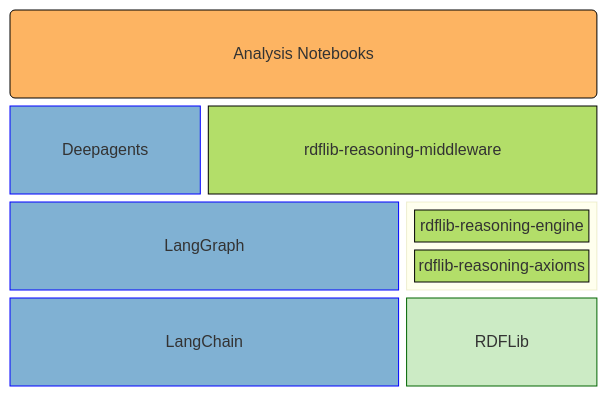
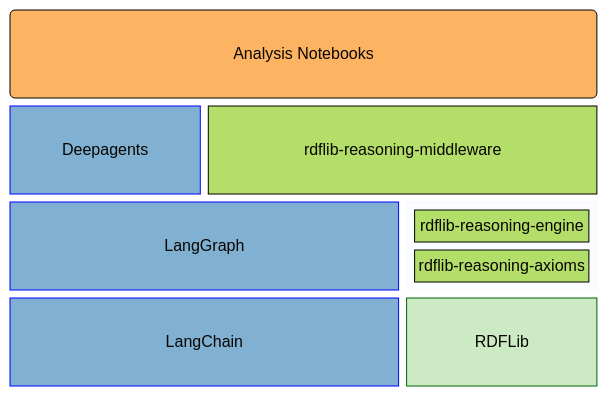
The diagram in README.md (kvjrhall/rdflib-reasoning), drawn with Mermaid before and after one commit. The commit also changed 1 other file, not shown here.

Commit message:
docs: Fix mermaid theme

````diff
--- a/README.md
+++ b/README.md
@@ -52,27 +52,31 @@
 ```mermaid
+---
+config:
+  theme: 'base'
+---
 block-beta
 columns 3
   Notebooks("Analysis Notebooks"):3
   Deepagents:1 ReasoningMiddleware["rdflib-reasoning-middleware"]:2
   LangGraph:2
   block:RdflibAbstraction:1
     columns 1
     Reasoning["rdflib-reasoning-engine"]:1
     Axioms["rdflib-reasoning-axioms"]:1
   end
   LangChain:2 RDFLib:1
 
   %% Agent Note: The remainder of this block is styling for humans and can be ignored
 
   classDef Research fill:#fdb462,stroke:black
   class Notebooks Research
 
   classDef LangChainEcosystem fill:#80b1d3,stroke:blue
   class Deepagents,LangGraph,LangChain LangChainEcosystem
 
   classDef SupportingPackage fill:#b3de69,stroke:black
   class ReasoningMiddleware,Reasoning,Axioms SupportingPackage
 
   classDef SemanticWeb fill:#ccebc5,stroke:darkgreen
   class RDFLib SemanticWeb
 ```
````
